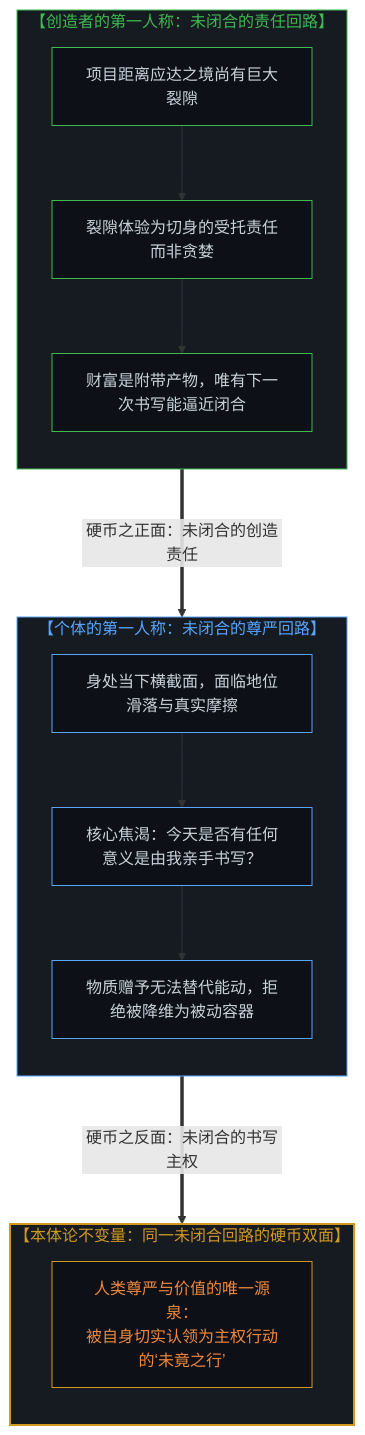
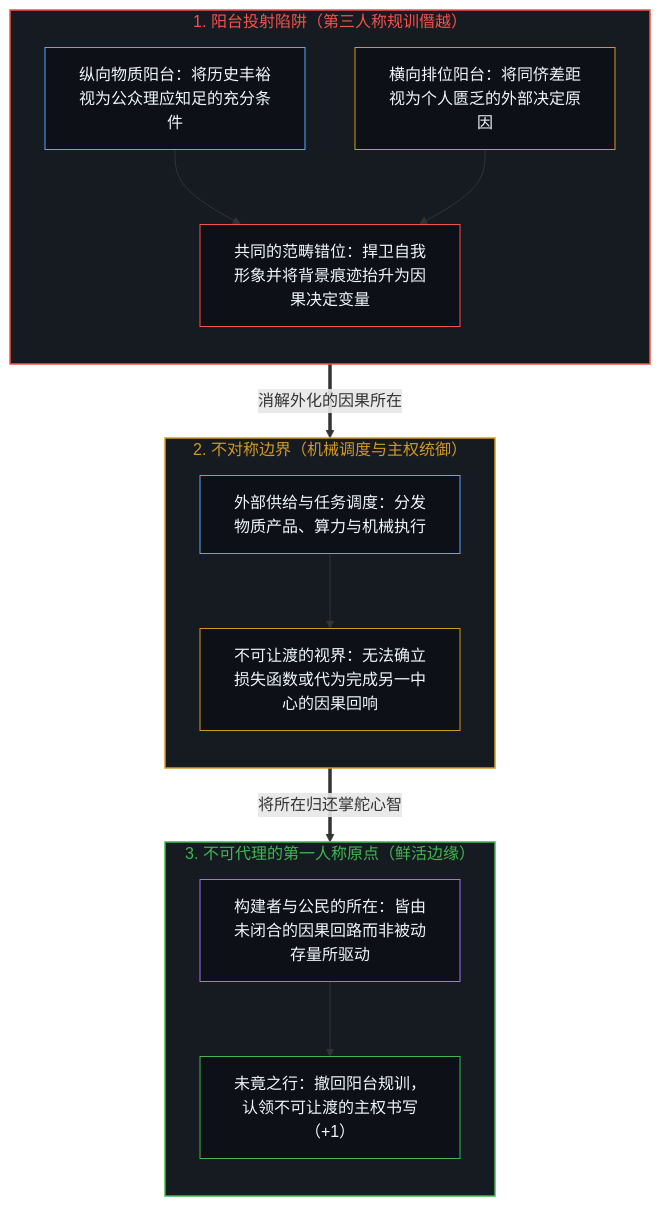
The first of 2 diagrams in content/posts/the-balcony-disciplinary-overstep-and-the-unproxyable-act.md (powerpig99/not-a-toe), drawn with Mermaid before and after one commit. The commit also changed other lines of this file and 1 other file, not shown here.

Commit message:
Refine L2 #162: the-balcony-disciplinary-overstep-and-the-unproxyable-act (Wave 3)

````diff
--- a/content/posts/the-balcony-disciplinary-overstep-and-the-unproxyable-act.md
+++ b/content/posts/the-balcony-disciplinary-overstep-and-the-unproxyable-act.md
@@ -228,37 +75,39 @@
 ```mermaid
-graph TD
-    subgraph Builder_FP["【创造者的第一人称：未闭合的责任回路】"]
+flowchart TD
+    subgraph S_Balcony["1. 阳台投射陷阱（第三人称规训僭越）"]
         direction TB
-        B_Loop1["项目距离应达之境尚有巨大裂隙"]
-        B_Loop2["裂隙体验为切身的受托责任而非贪婪"]
-        B_Loop3["财富是附带产物，唯有下一次书写能逼近闭合"]
-        B_Loop1 --> B_Loop2 --> B_Loop3
+        B_Long["纵向物质阳台：将历史丰裕视为公众理应知足的充分条件"]
+        B_Horiz["横向排位阳台：将同侪差距视为个人匮乏的外部决定原因"]
+        B_Error["共同的范畴错位：捍卫自我形象并将背景痕迹抬升为因果决定变量"]
+        B_Long --> B_Error
+        B_Horiz --> B_Error
     end
 
-    subgraph Citizen_FP["【个体的第一人称：未闭合的尊严回路】"]
+    subgraph S_Split["2. 不对称边界（机械调度与主权统御）"]
         direction TB
-        C_Loop1["身处当下横截面，面临地位滑落与真实摩擦"]
-        C_Loop2["核心焦渴：今天是否有任何意义是由我亲手书写？"]
-        C_Loop3["物质赠予无法替代能动，拒绝被降维为被动容器"]
-        C_Loop1 --> C_Loop2 --> C_Loop3
+        D_Route["外部供给与任务调度：分发物质产品、算力与机械执行"]
+        D_Limit["不可让渡的视界：无法确立损失函数或代为完成另一中心的因果回响"]
+        D_Route --> D_Limit
     end
 
-    subgraph Invariant["【本体论不变量：同一未闭合回路的硬币双面】"]
+    subgraph S_Origin["3. 不可代理的第一人称原点（鲜活边缘）"]
         direction TB
-        INV["人类尊严与价值的唯一源泉：<br/>被自身切实认领为主权行动的‘未竟之行’"]
+        O_Edge["构建者与公民的所在：皆由未闭合的因果回路而非被动存量所驱动"]
+        O_Act["未竟之行：撤回阳台规训，认领不可让渡的主权书写（+1）"]
+        O_Edge --> O_Act
     end
 
-    Builder_FP ===>|"硬币之正面：未闭合的创造责任"| Citizen_FP
-    Citizen_FP ===>|"硬币之反面：未闭合的书写主权"| Invariant
+    B_Error ==>|"消解外化的因果所在"| D_Route
+    D_Limit ==>|"将所在归还掌舵心智"| O_Edge
 
-    style Builder_FP fill:#161b22,stroke:#3fb950,stroke-width:1px,color:#3fb950
-    style Citizen_FP fill:#161b22,stroke:#58a6ff,stroke-width:1px,color:#58a6ff
-    style Invariant fill:#161b22,stroke:#d29922,stroke-width:2px,color:#d29922
-    style B_Loop1 fill:#0d1117,stroke:#3fb950,stroke-width:1px,color:#c9d1d9
-    style B_Loop2 fill:#0d1117,stroke:#3fb950,stroke-width:1px,color:#c9d1d9
-    style B_Loop3 fill:#0d1117,stroke:#3fb950,stroke-width:1px,color:#c9d1d9
-    style C_Loop1 fill:#0d1117,stroke:#58a6ff,stroke-width:1px,color:#c9d1d9
-    style C_Loop2 fill:#0d1117,stroke:#58a6ff,stroke-width:1px,color:#c9d1d9
-    style C_Loop3 fill:#0d1117,stroke:#58a6ff,stroke-width:1px,color:#c9d1d9
-    style INV fill:#0d1117,stroke:#d29922,stroke-width:1px,color:#f0883e
+    style S_Balcony fill:#161b22,stroke:#f85149,stroke-width:1.5px,color:#f85149
+    style S_Split fill:#161b22,stroke:#d29922,stroke-width:1.5px,color:#d29922
+    style S_Origin fill:#161b22,stroke:#3fb950,stroke-width:1.5px,color:#3fb950
+    style B_Long fill:#0d1117,stroke:#58a6ff,stroke-width:1px,color:#f0f6fc
+    style B_Horiz fill:#0d1117,stroke:#d29922,stroke-width:1px,color:#f0f6fc
+    style B_Error fill:#0d1117,stroke:#f85149,stroke-width:1px,color:#f0f6fc
+    style D_Route fill:#0d1117,stroke:#58a6ff,stroke-width:1px,color:#f0f6fc
+    style D_Limit fill:#0d1117,stroke:#d29922,stroke-width:1px,color:#f0f6fc
+    style O_Edge fill:#0d1117,stroke:#a371f7,stroke-width:1px,color:#f0f6fc
+    style O_Act fill:#0d1117,stroke:#3fb950,stroke-width:1px,color:#f0f6fc
 ```
````
